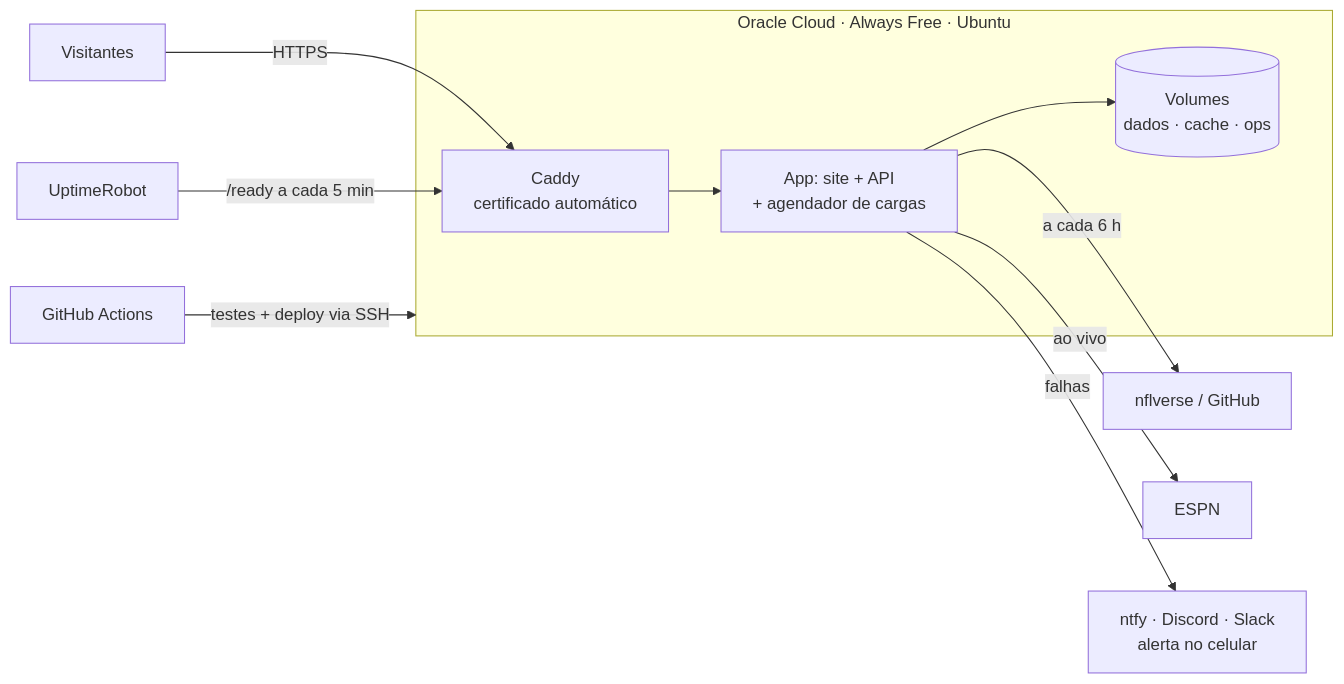
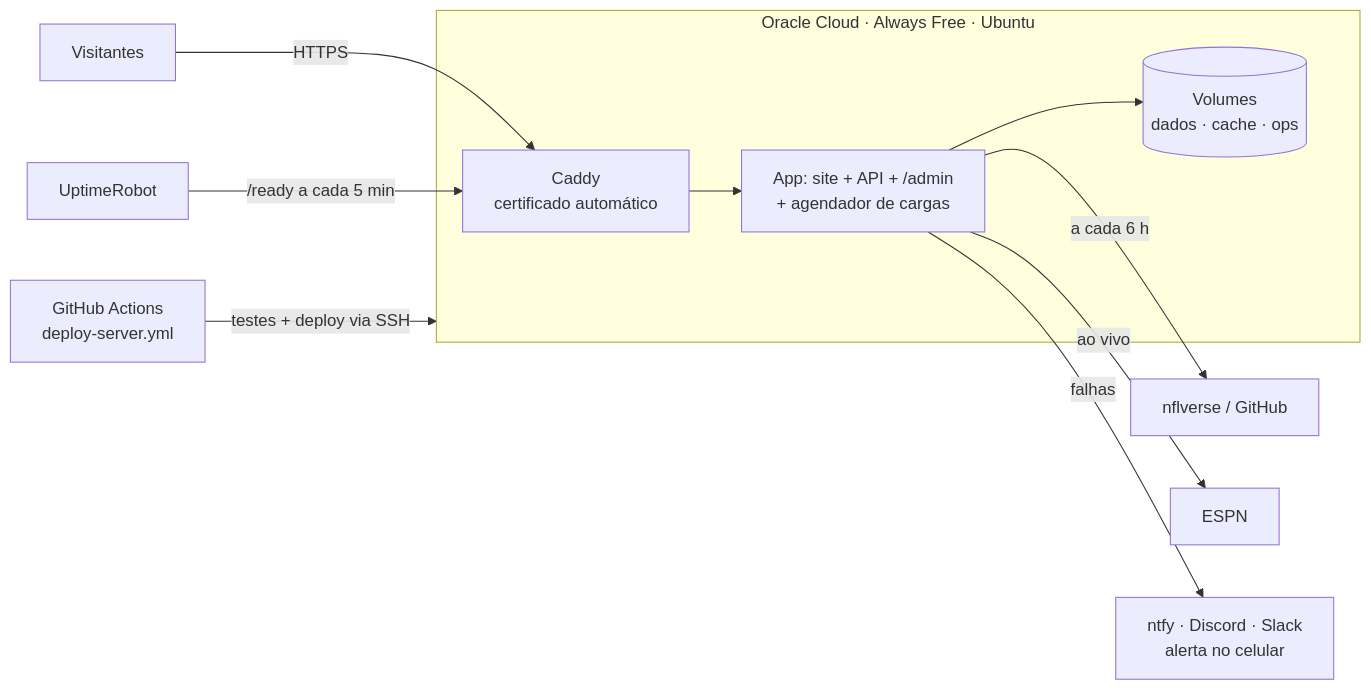
Before and after one commit to lucasllimati/end-zone-analytics: the diagram in docs/PUBLICACAO_SERVIDOR.md, drawn with Mermaid. The commit also changed other lines of this file and 14 other files, not shown here.

````diff
--- a/docs/PUBLICACAO_SERVIDOR.md
+++ b/docs/PUBLICACAO_SERVIDOR.md
@@ -13,13 +22,13 @@
 ```mermaid
 flowchart LR
   U[Visitantes] -->|HTTPS| C[Caddy<br/>certificado automático]
   subgraph VM[Oracle Cloud · Always Free · Ubuntu]
-    C --> A[App: site + API<br/>+ agendador de cargas]
+    C --> A[App: site + API + /admin<br/>+ agendador de cargas]
     A --> V[(Volumes<br/>dados · cache · ops)]
   end
   A -->|a cada 6 h| N[nflverse / GitHub]
   A -->|ao vivo| E[ESPN]
   A -->|falhas| P[ntfy · Discord · Slack<br/>alerta no celular]
-  G[GitHub Actions] -->|testes + deploy via SSH| VM
+  G[GitHub Actions<br/>deploy-server.yml] -->|testes + deploy via SSH| VM
   R[UptimeRobot] -->|/ready a cada 5 min| C
 ```
````
